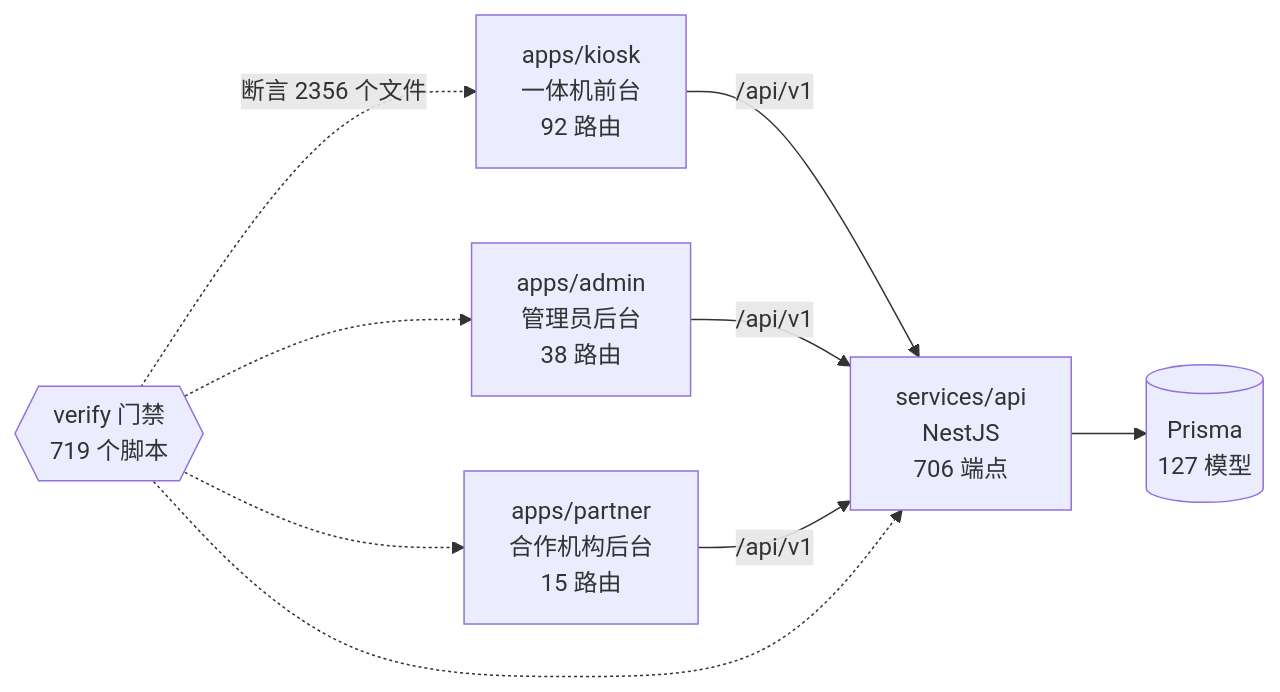
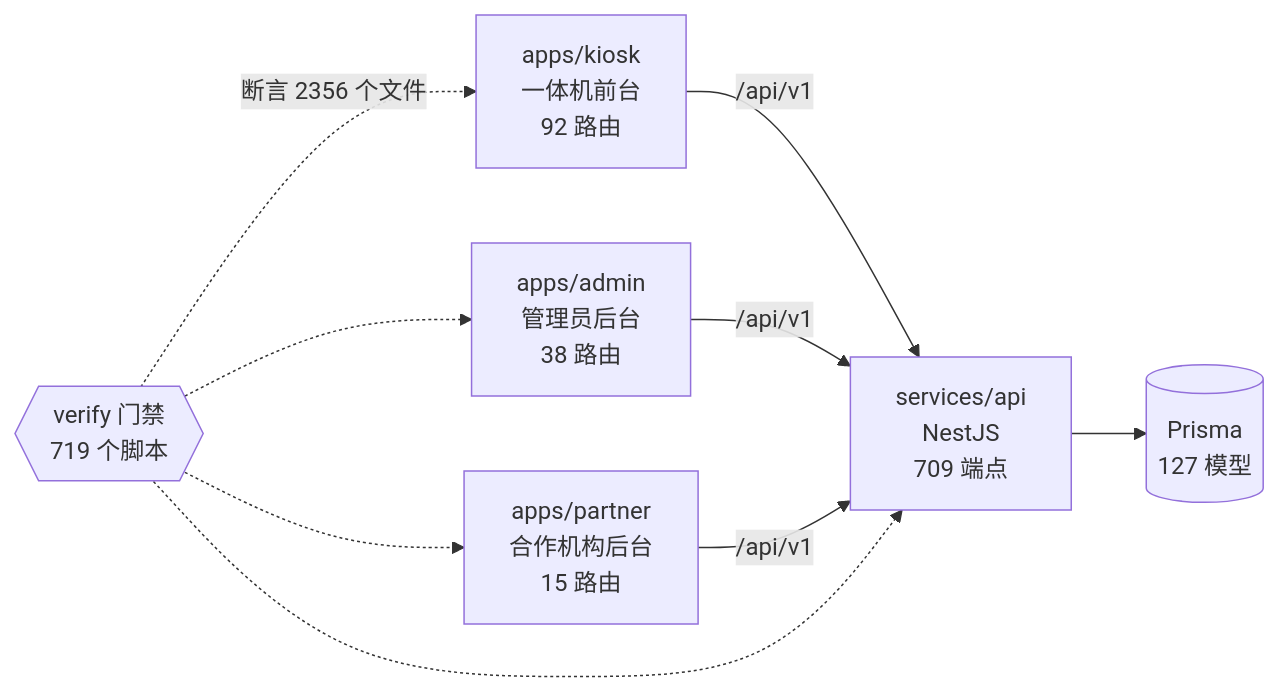
The diagram in docs/graph/README.md (wanglei581/YITIJI), drawn with Mermaid before and after one commit. The commit also changed other lines of this file and 66 other files, not shown here.

````diff
--- a/docs/graph/README.md
+++ b/docs/graph/README.md
@@ -68,18 +68,18 @@
 ```mermaid
 flowchart LR
   kiosk["apps/kiosk<br/>一体机前台<br/>92 路由"]
   admin["apps/admin<br/>管理员后台<br/>38 路由"]
   partner["apps/partner<br/>合作机构后台<br/>15 路由"]
-  api["services/api<br/>NestJS<br/>706 端点"]
+  api["services/api<br/>NestJS<br/>709 端点"]
   db[("Prisma<br/>127 模型")]
   gates{{"verify 门禁<br/>719 个脚本"}}
 
   kiosk -->|"/api/v1"| api
   admin -->|"/api/v1"| api
   partner -->|"/api/v1"| api
   api --> db
   gates -.->|"断言 2356 个文件"| kiosk
   gates -.-> admin
   gates -.-> partner
   gates -.-> api
 ```
````
